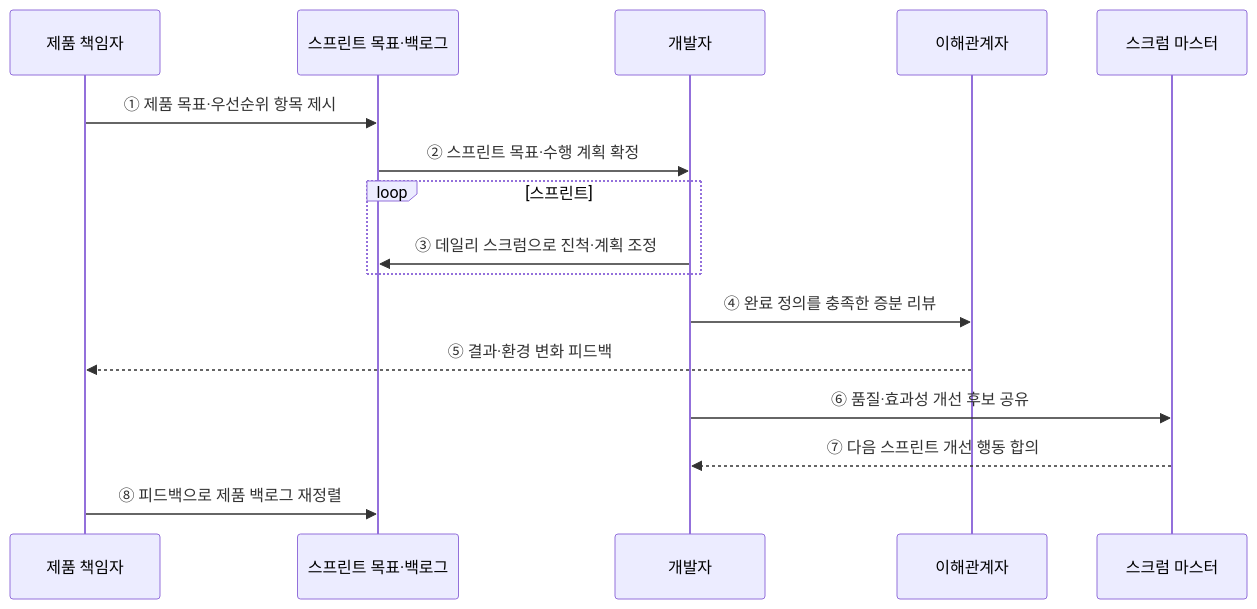
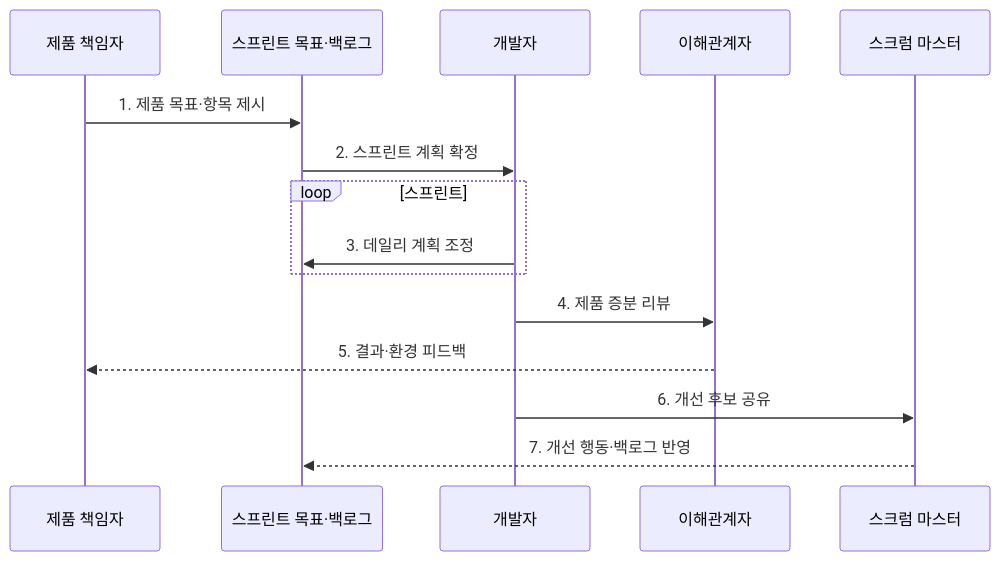
One commit to agnusdei1207/knowledge-base changed the second of 2 diagrams in src/content/docs/notes/03-software/032_agile_scrum.md. Above: the diagram before and after it, drawn with Mermaid. The commit also changed other lines of this file and 20 other files, not shown here.

````diff
--- a/src/content/docs/notes/03-software/032_agile_scrum.md
+++ b/src/content/docs/notes/03-software/032_agile_scrum.md
@@ -88,18 +87,17 @@
 ```mermaid
 sequenceDiagram
     participant O as 제품 책임자
     participant B as 스프린트 목표·백로그
     participant D as 개발자
     participant S as 이해관계자
     participant M as 스크럼 마스터
-    O->>B: ① 제품 목표·우선순위 항목 제시
-    B->>D: ② 스프린트 목표·수행 계획 확정
+    O->>B: 1. 제품 목표·항목 제시
+    B->>D: 2. 스프린트 계획 확정
     loop 스프린트
-        D->>B: ③ 데일리 스크럼으로 진척·계획 조정
+        D->>B: 3. 데일리 계획 조정
     end
-    D->>S: ④ 완료 정의를 충족한 증분 리뷰
-    S-->>O: ⑤ 결과·환경 변화 피드백
-    D->>M: ⑥ 품질·효과성 개선 후보 공유
-    M-->>D: ⑦ 다음 스프린트 개선 행동 합의
-    O->>B: ⑧ 피드백으로 제품 백로그 재정렬
+    D->>S: 4. 제품 증분 리뷰
+    S-->>O: 5. 결과·환경 피드백
+    D->>M: 6. 개선 후보 공유
+    M-->>B: 7. 개선 행동·백로그 반영
 ```
````
